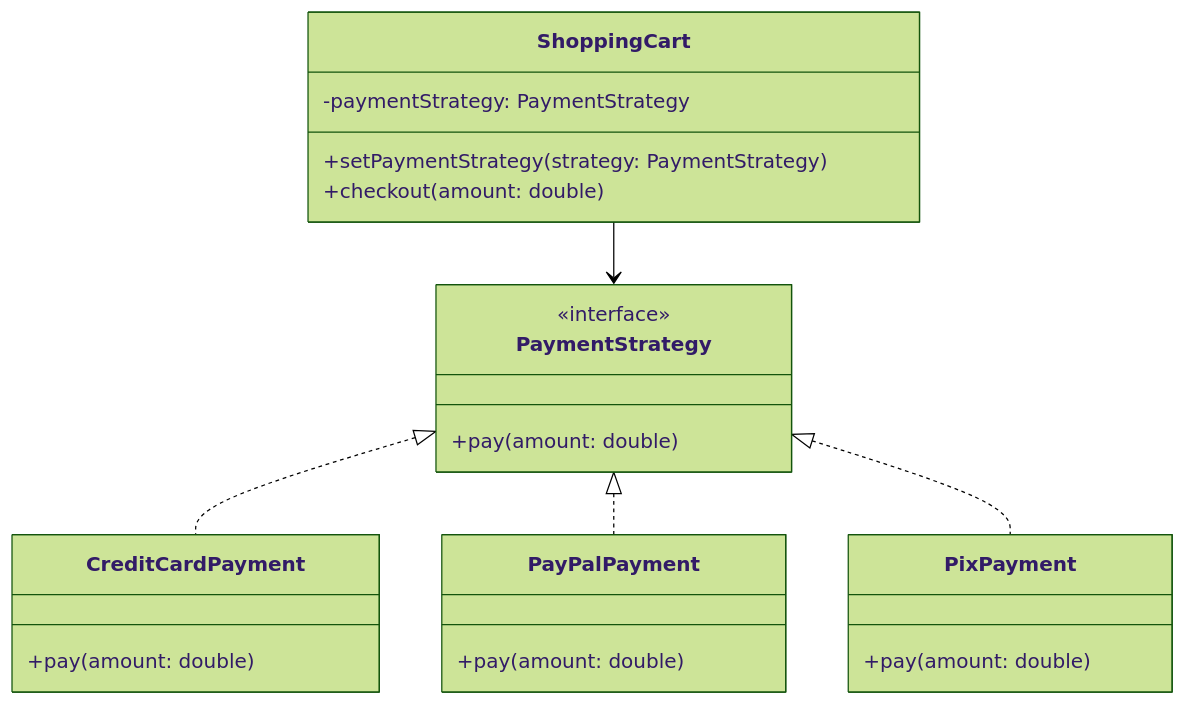
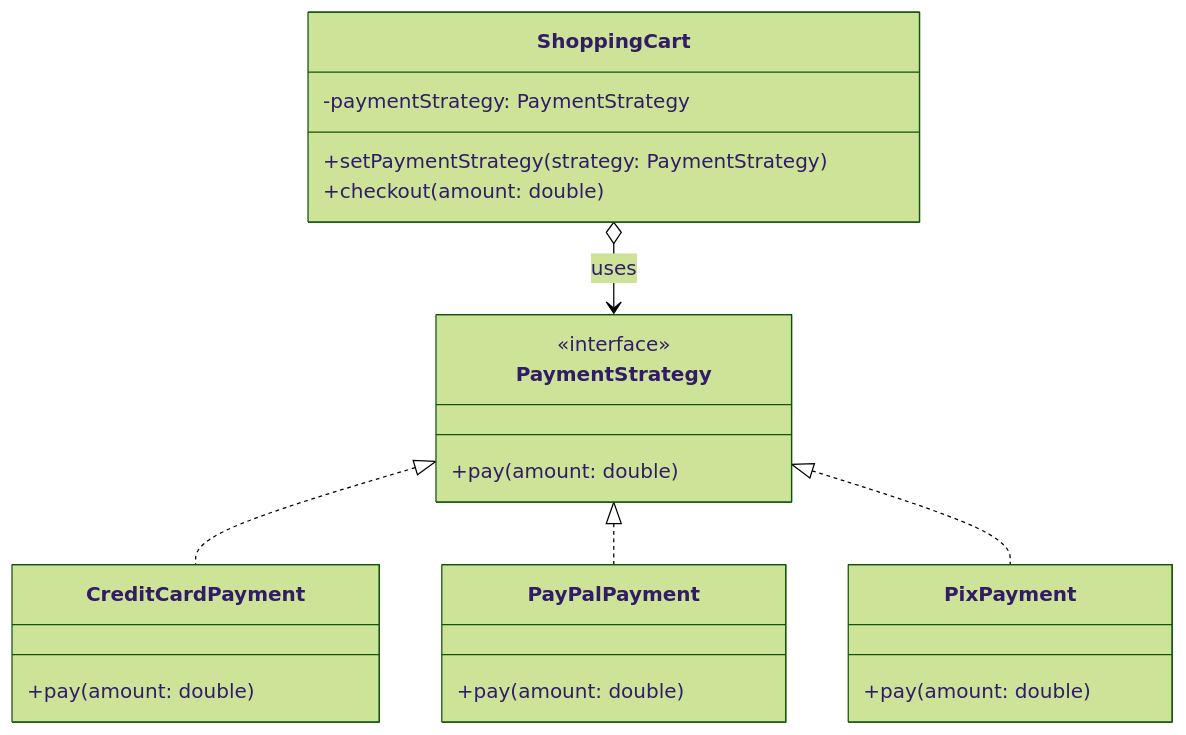
One commit to JuanCursino/Void changed the first of 2 diagrams in ipp002/Strategy/README.md. Above: the diagram before and after it, drawn with Mermaid (forest theme). The commit also changed other lines of this file, not shown here.

Commit message:
<docs> ipp002 update Strategy class diagram

````diff
--- a/ipp002/Strategy/README.md
+++ b/ipp002/Strategy/README.md
@@ -48,30 +48,30 @@
 ```mermaid
 classDiagram
     class PaymentStrategy {
         <<interface>>
         +pay(amount: double)
     }
 
     class CreditCardPayment {
         +pay(amount: double)
     }
 
     class PayPalPayment {
         +pay(amount: double)
     }
 
     class PixPayment {
         +pay(amount: double)
     }
 
     class ShoppingCart {
         -paymentStrategy: PaymentStrategy
         +setPaymentStrategy(strategy: PaymentStrategy)
         +checkout(amount: double)
     }
 
+    ShoppingCart o--> PaymentStrategy : uses
     PaymentStrategy <|.. CreditCardPayment
     PaymentStrategy <|.. PayPalPayment
     PaymentStrategy <|.. PixPayment
-    ShoppingCart --> PaymentStrategy
 ```
````
